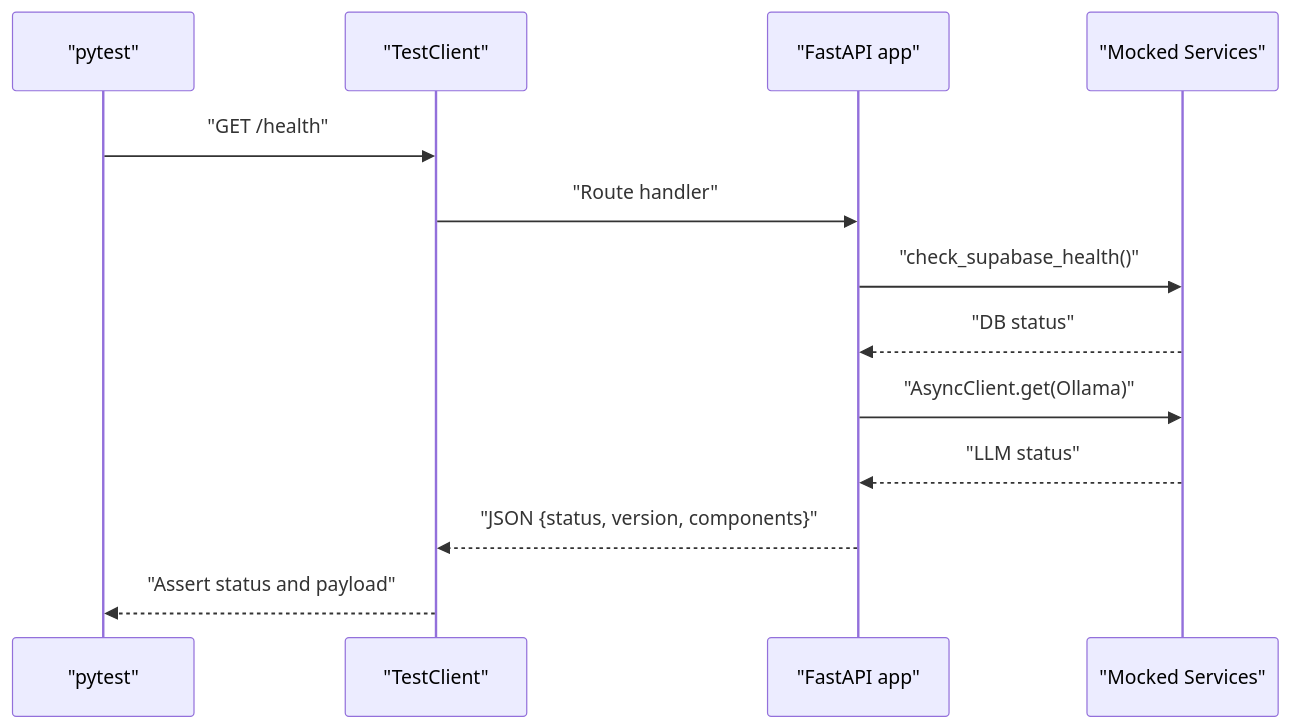
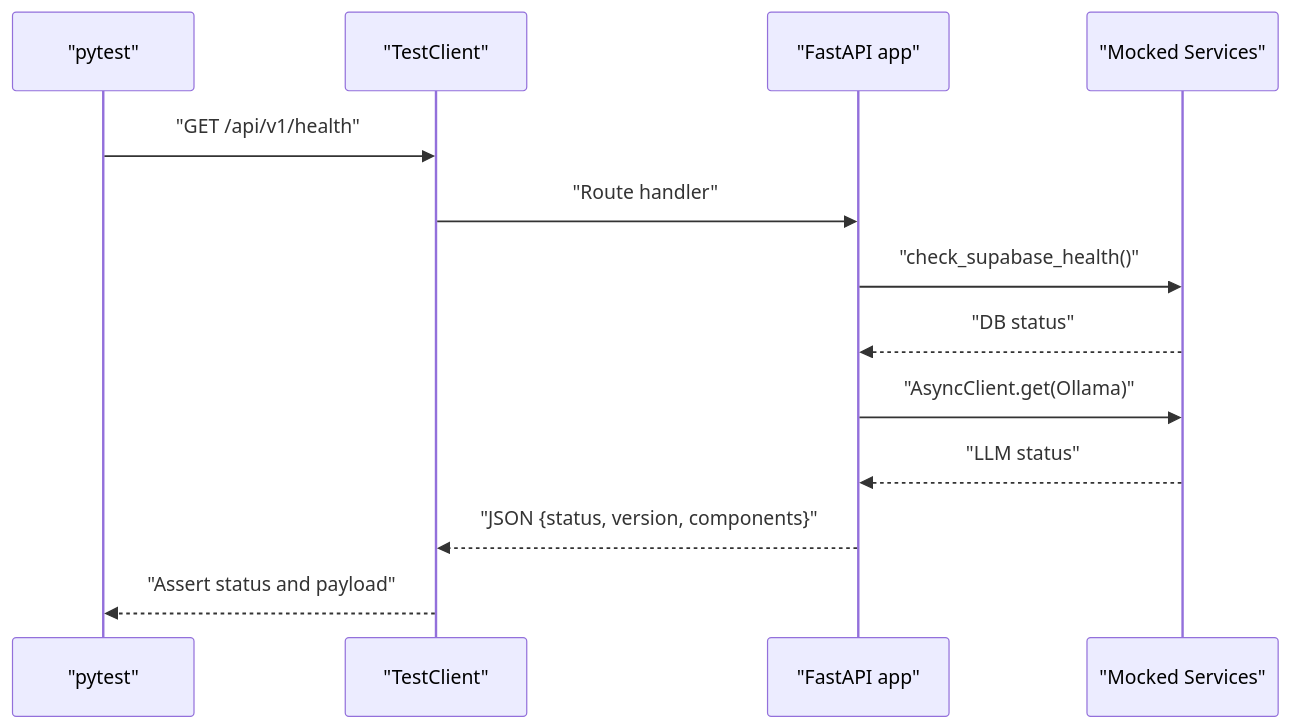
Before and after one commit to rohitkumarnaidu/-Auto-AI-Automated-Academic-Docx-Manuscript-Formatter: the third of 13 diagrams in .qoder/repowiki/en/content/Testing Strategy/Testing Strategy.md, drawn with Mermaid. The commit also changed other lines of this file and 6 other files, not shown here.

````diff
--- a/.qoder/repowiki/en/content/Testing Strategy/Testing Strategy.md
+++ b/.qoder/repowiki/en/content/Testing Strategy/Testing Strategy.md
@@ -185,15 +233,15 @@
 ```mermaid
 sequenceDiagram
 participant T as "pytest"
 participant C as "TestClient"
 participant APP as "FastAPI app"
 participant SVC as "Mocked Services"
-T->>C : "GET /health"
+T->>C : "GET /api/v1/health"
 C->>APP : "Route handler"
 APP->>SVC : "check_supabase_health()"
 SVC-->>APP : "DB status"
 APP->>SVC : "AsyncClient.get(Ollama)"
 SVC-->>APP : "LLM status"
 APP-->>C : "JSON {status, version, components}"
 C-->>T : "Assert status and payload"
 ```
````
